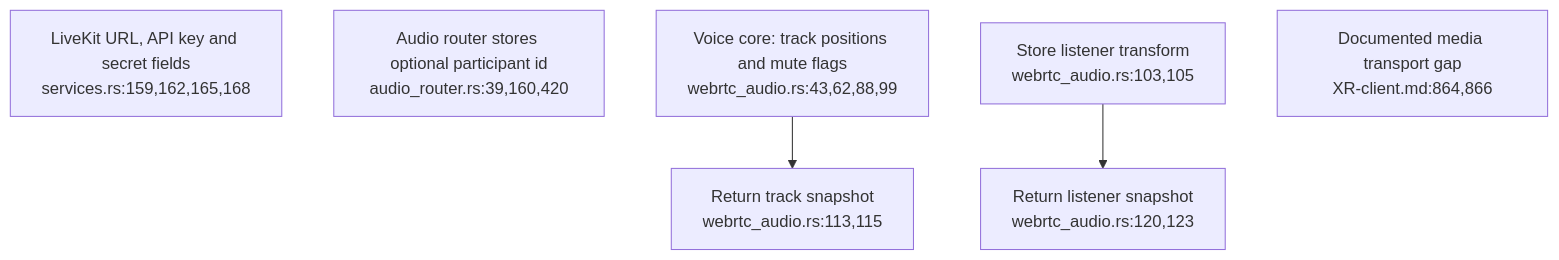
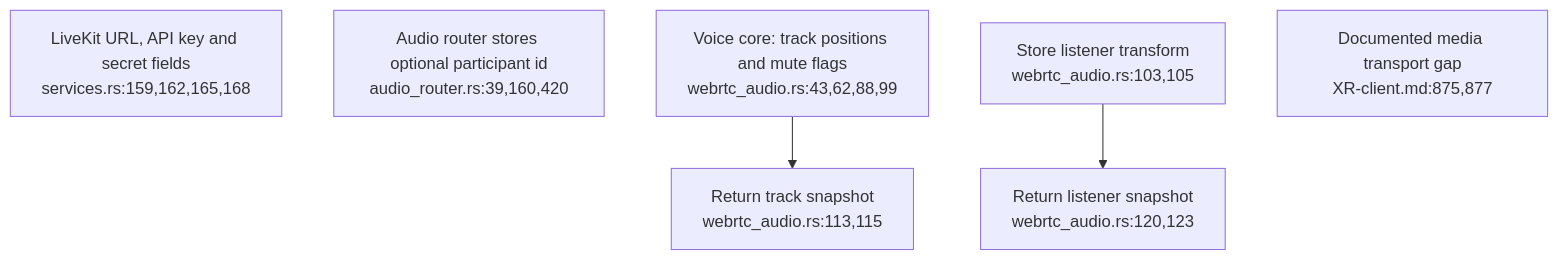
Before and after one commit to DreamLab-AI/VisionFlow: the first of 3 diagrams in docs/diagrams/visionclaw/50-deferred-space-voice.md, drawn with Mermaid. The commit also changed other lines of this file and 173 other files, not shown here.

````diff
--- a/docs/diagrams/visionclaw/50-deferred-space-voice.md
+++ b/docs/diagrams/visionclaw/50-deferred-space-voice.md
@@ -28,8 +28,8 @@
 ```mermaid
 flowchart TD
     CONFIG["LiveKit URL, API key and secret fields<br/>services.rs:159,162,165,168"]
     ROUTER["Audio router stores optional participant id<br/>audio_router.rs:39,160,420"]
     TRACKS["Voice core: track positions and mute flags<br/>webrtc_audio.rs:43,62,88,99"] --> SNAP["Return track snapshot<br/>webrtc_audio.rs:113,115"]
     LISTENER["Store listener transform<br/>webrtc_audio.rs:103,105"] --> READ["Return listener snapshot<br/>webrtc_audio.rs:120,123"]
-    GAP["Documented media transport gap<br/>XR-client.md:864,866"]
+    GAP["Documented media transport gap<br/>XR-client.md:875,877"]
 ```
````
